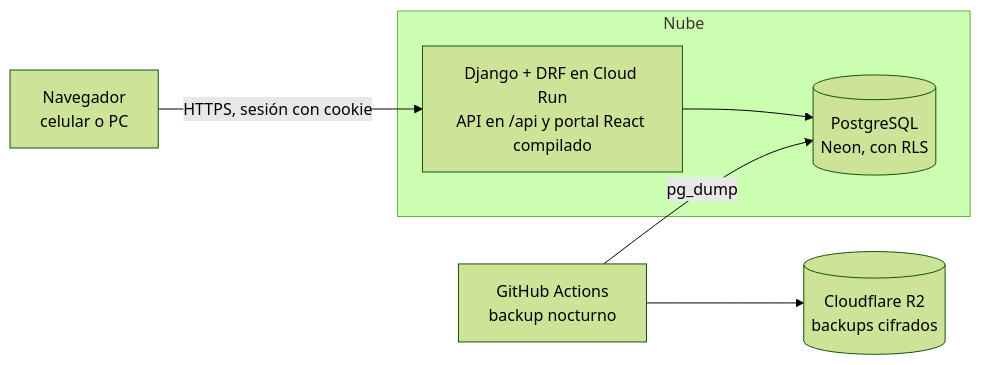
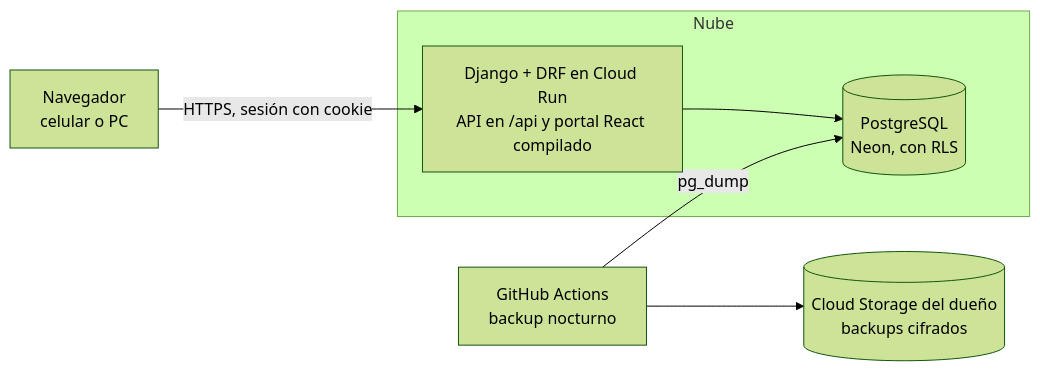
The diagram in docs/diagramas/fuentes/ARQ-02.mmd (aleharo2003/floky-cuadernos), drawn with Mermaid (forest theme) before and after one commit. The commit also changed 18 other files, not shown here.

First line of the commit message:
Move the nightly backup to Cloud Storage, encrypted for two keys

```diff
--- a/docs/diagramas/fuentes/ARQ-02.mmd
+++ b/docs/diagramas/fuentes/ARQ-02.mmd
@@ -1,12 +1,12 @@
 flowchart LR
     Nav["Navegador<br/>celular o PC"]
     subgraph Nube["Nube"]
         App["Django + DRF en Cloud Run<br/>API en /api y portal React compilado"]
         PG[("PostgreSQL<br/>Neon, con RLS")]
     end
     GA["GitHub Actions<br/>backup nocturno"]
-    R2[("Cloudflare R2<br/>backups cifrados")]
+    GCS[("Cloud Storage del dueño<br/>backups cifrados")]
     Nav -->|"HTTPS, sesión con cookie"| App
     App --> PG
     GA -->|"pg_dump"| PG
-    GA --> R2
+    GA --> GCS
```
